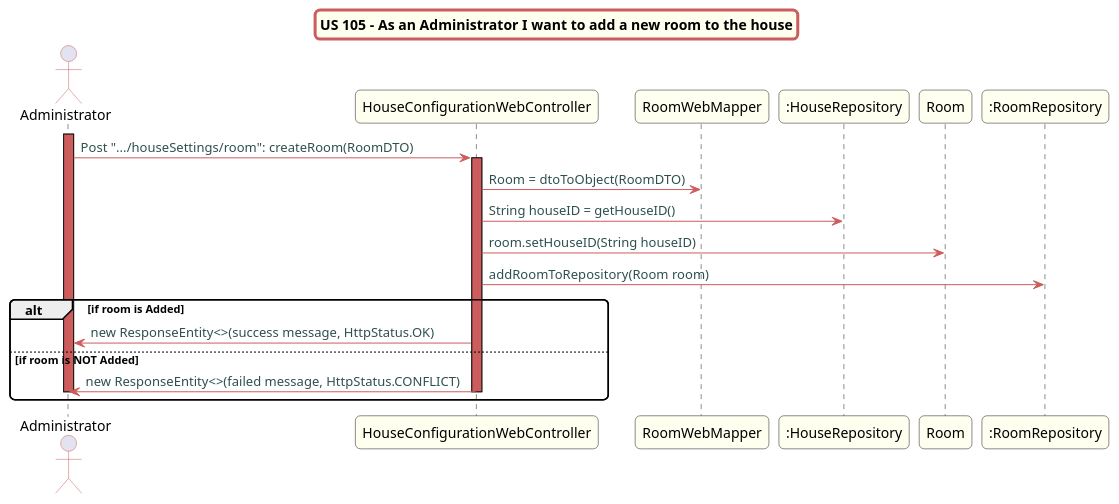
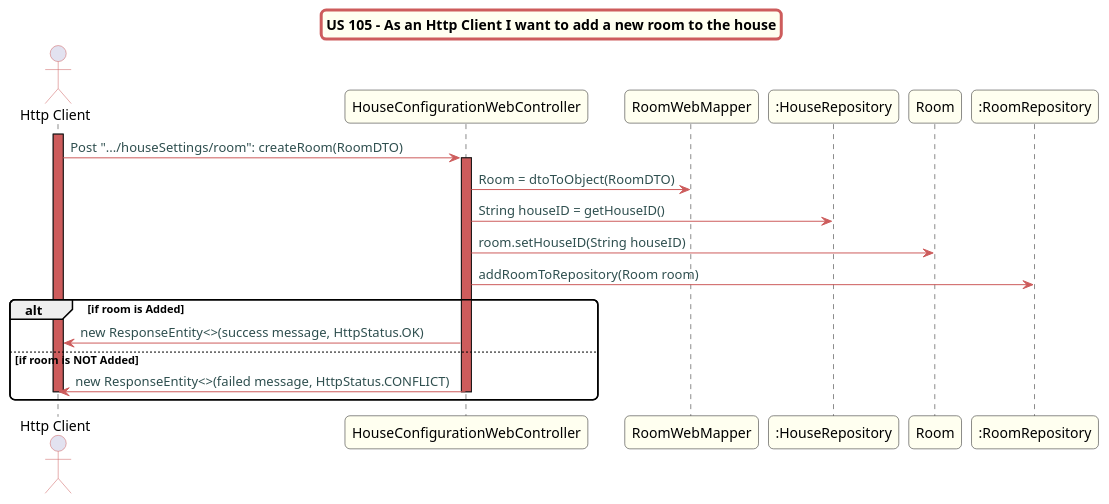
The diagram in src/doc/WEB_Controllers/HouseConfiguration/US105/US105.puml (Almadanmp/project), drawn with PlantUML before and after one commit.

Commit message:
REF #358
- fixes sequence diagram for US105

```diff
--- a/src/doc/WEB_Controllers/HouseConfiguration/US105/US105.puml
+++ b/src/doc/WEB_Controllers/HouseConfiguration/US105/US105.puml
@@ -1,45 +1,45 @@
 @startuml
 skinparam titleBorderRoundCorner 10
 skinparam titleBorderThickness 3
 skinparam titleBorderColor indianred
 skinparam titleBackgroundColor ivory
 skinparam FontName quicksand
 
 skinparam actor {
  	BorderColor indianred
  	}
 
  skinparam sequence {
  	LifeLineBackgroundColor indianred
  	ParticipantBackgroundColor ivory
- }
+}
 
  skinparam roundcorner 10
 
  skinparam component {
    arrowThickness 1
    ArrowFontName Verdana
    ArrowColor indianred
    ArrowFontColor darkslategrey
  }
-title US 105 - As an Administrator I want to add a new room to the house
+title US 105 - As an Http Client I want to add a new room to the house
 
-actor "Administrator"
-activate "Administrator"
-"Administrator" -> "HouseConfigurationWebController":  Post ".../houseSettings/room": createRoom(RoomDTO)
+actor "Http Client"
+activate "Http Client"
+"Http Client" -> "HouseConfigurationWebController":  Post ".../houseSettings/room": createRoom(RoomDTO)
 activate "HouseConfigurationWebController"
 "HouseConfigurationWebController" -> "RoomWebMapper": Room = dtoToObject(RoomDTO)
 "HouseConfigurationWebController" -> ":HouseRepository": String houseID = getHouseID()
 "HouseConfigurationWebController" -> "Room": room.setHouseID(String houseID)
 
 "HouseConfigurationWebController" -> ":RoomRepository": addRoomToRepository(Room room)
 
 alt if room is Added
-"HouseConfigurationWebController" -> "Administrator": new ResponseEntity<>(success message, HttpStatus.OK)
+"HouseConfigurationWebController" -> "Http Client": new ResponseEntity<>(success message, HttpStatus.OK)
 else if room is NOT Added
-"HouseConfigurationWebController" -> "Administrator": new ResponseEntity<>(failed message, HttpStatus.CONFLICT)
+"HouseConfigurationWebController" -> "Http Client": new ResponseEntity<>(failed message, HttpStatus.CONFLICT)
 deactivate "HouseConfigurationWebController"
-deactivate "Administrator"
+deactivate "Http Client"
 end
 
 @enduml
```
